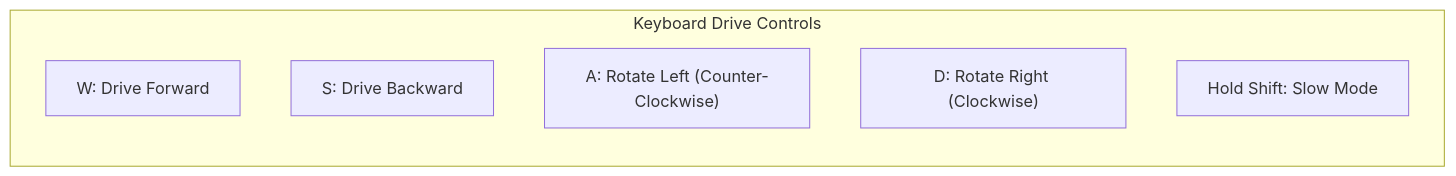
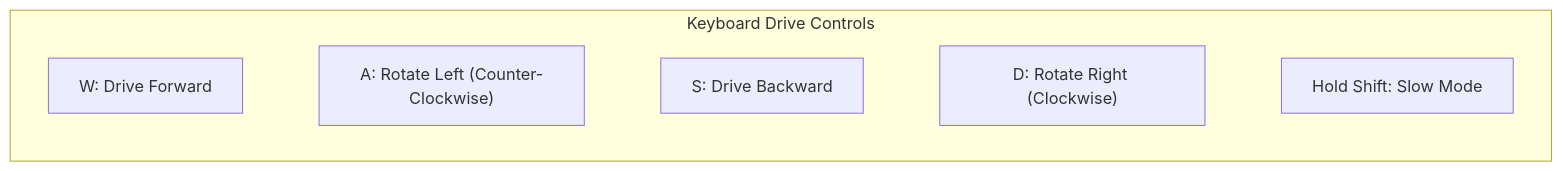
The third of 4 diagrams in docs/id/user-guide/quick-start.md (itbdelaboprogramming/msd700_documentation), drawn with Mermaid before and after one commit. The commit also changed other lines of this file and 340 other files, not shown here.

````diff
--- a/docs/id/user-guide/quick-start.md
+++ b/docs/id/user-guide/quick-start.md
@@ -82,10 +85,12 @@
 ```mermaid
-flowchart LR
+flowchart TB
   subgraph KeyboardControls["Keyboard Drive Controls"]
     W["W: Drive Forward"]
     S["S: Drive Backward"]
     A["A: Rotate Left (Counter-Clockwise)"]
     D["D: Rotate Right (Clockwise)"]
     SHIFT["Hold Shift: Slow Mode"]
   end
+
+  W ~~~ A ~~~ S ~~~ D ~~~ SHIFT
 ```
````
